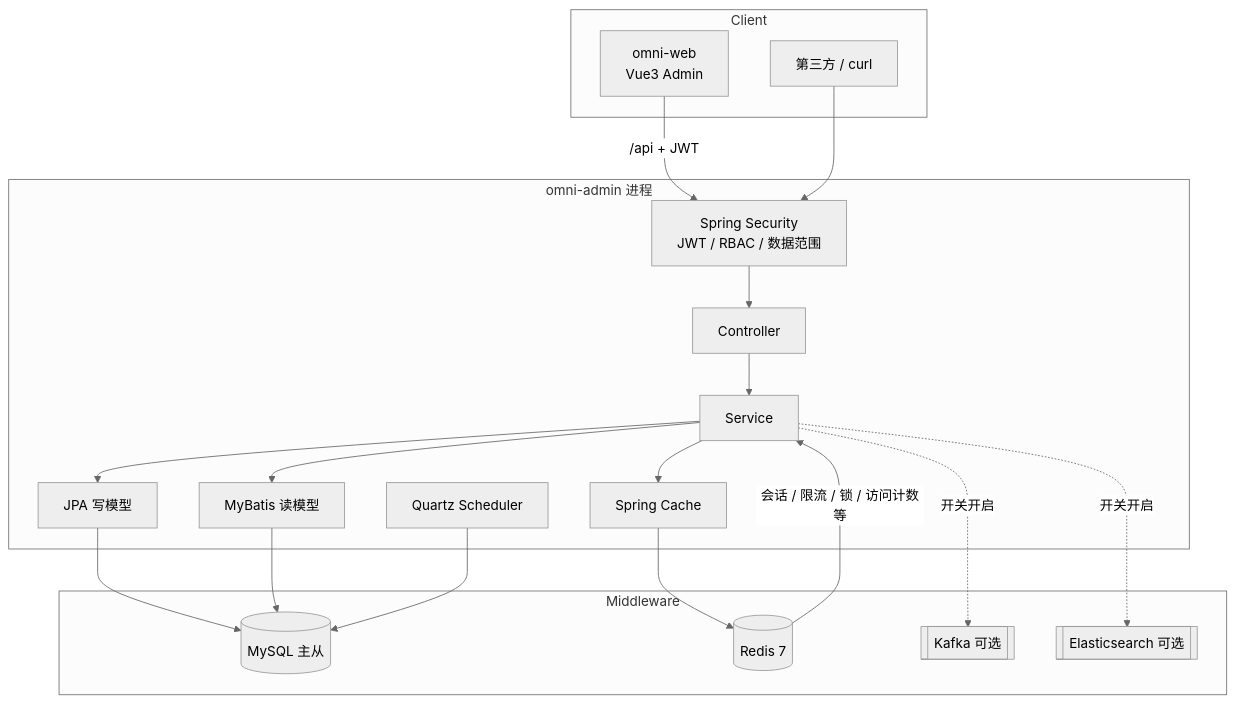
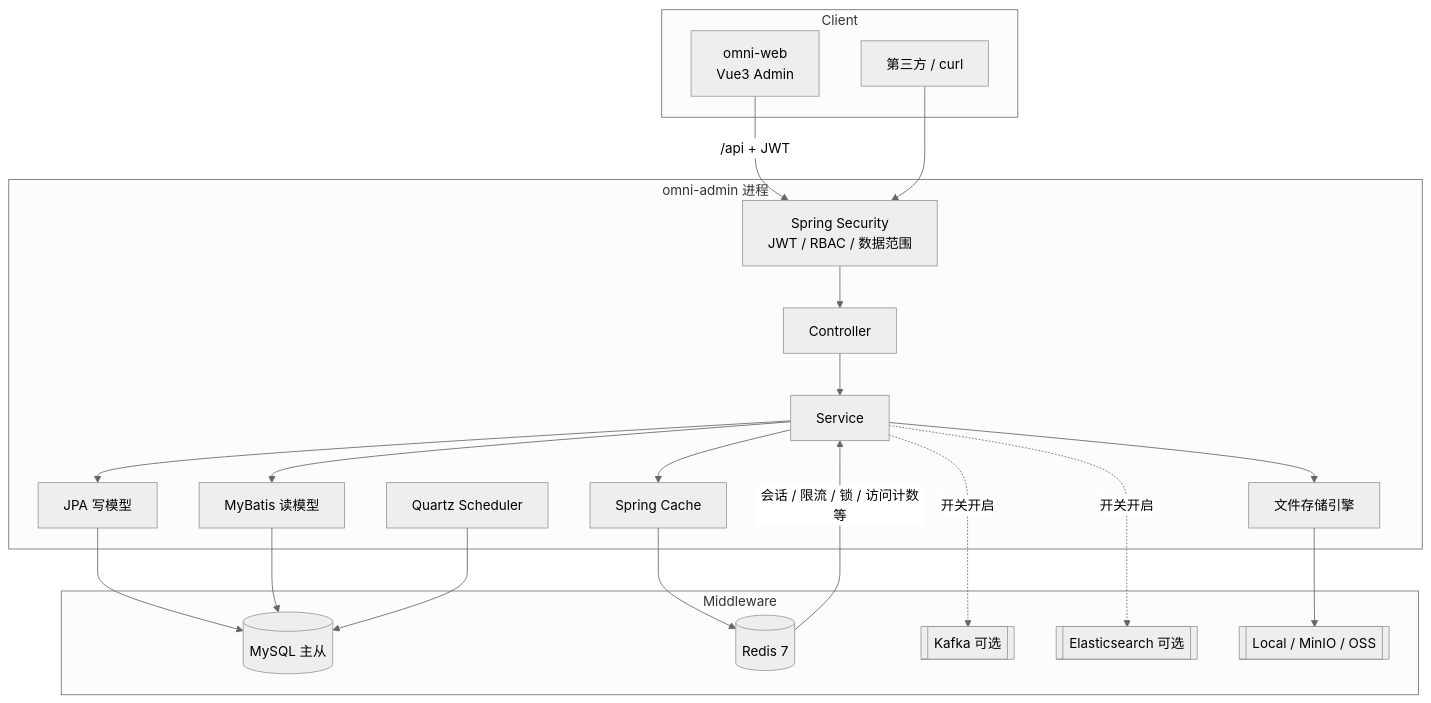
Before and after one commit to OmniSynth/omni-scaffolding: the diagram in README.md, drawn with Mermaid (neutral theme). The commit also changed other lines of this file and 1 other file, not shown here.

````diff
--- a/README.md
+++ b/README.md
@@ -50,38 +67,42 @@
 ```mermaid
 flowchart TB
   subgraph Client
     WEB[omni-web<br/>Vue3 Admin]
     API_CLIENT[第三方 / curl]
   end
 
   subgraph App["omni-admin 进程"]
     SEC[Spring Security<br/>JWT / RBAC / 数据范围]
     CTRL[Controller]
     SVC[Service]
     JPA[JPA 写模型]
     MB[MyBatis 读模型]
     QZ[Quartz Scheduler]
     CACHE[Spring Cache]
+    FILE[文件存储引擎]
   end
 
   subgraph Middleware
     MYSQL[(MySQL 主从)]
     REDIS[(Redis 7)]
     KAFKA[[Kafka 可选]]
     ES[[Elasticsearch 可选]]
+    STORE[[Local / MinIO / OSS]]
   end
 
   WEB -->|/api + JWT| SEC
   API_CLIENT --> SEC
   SEC --> CTRL --> SVC
   SVC --> JPA
   SVC --> MB
   SVC --> CACHE
+  SVC --> FILE
   JPA --> MYSQL
   MB --> MYSQL
   CACHE --> REDIS
   QZ --> MYSQL
+  FILE --> STORE
   SVC -.->|开关开启| KAFKA
   SVC -.->|开关开启| ES
   REDIS -->|会话 / 限流 / 锁 / 访问计数等| SVC
 ```
````
